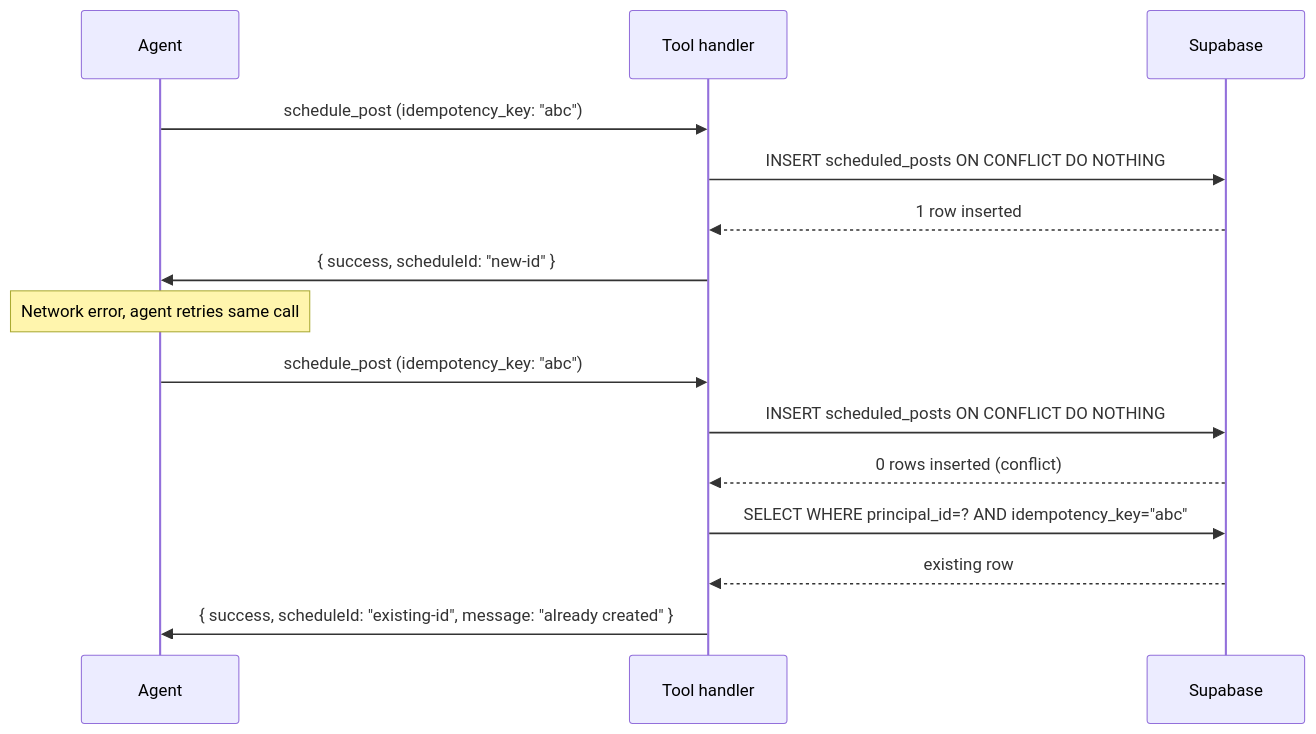
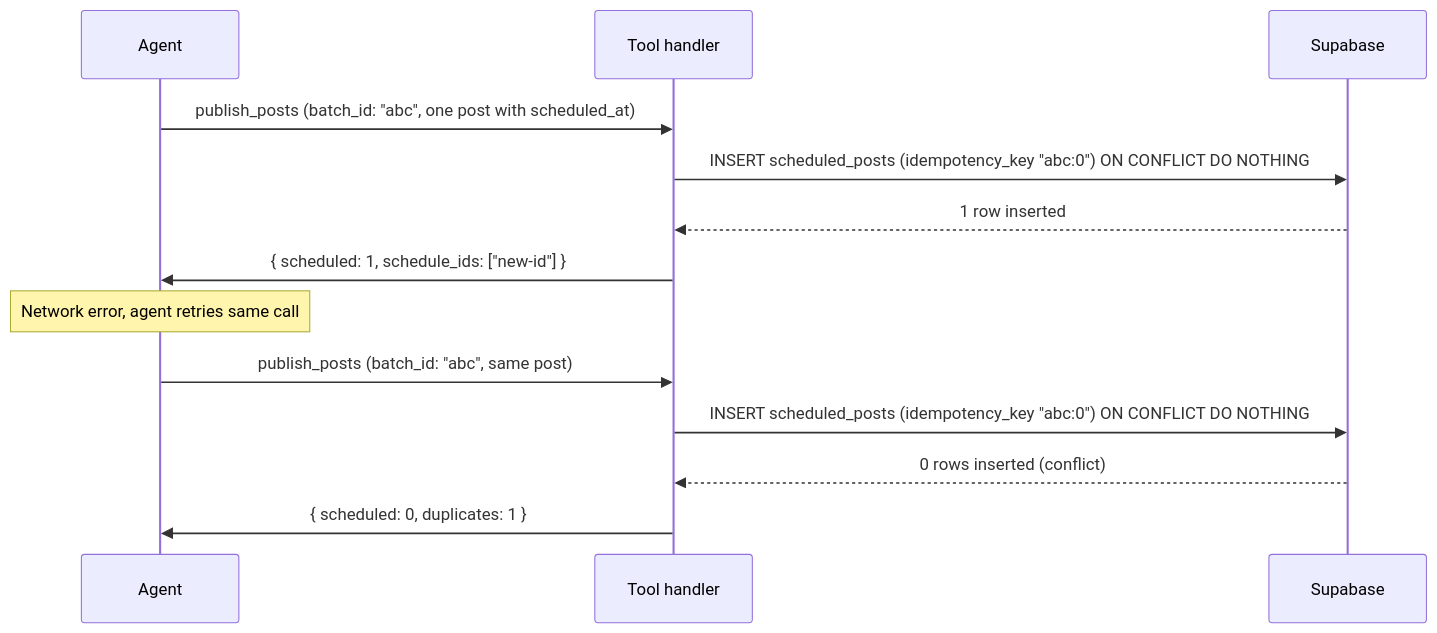
The fourth of 4 diagrams in docs/SCHEDULING.md (Andy00L/sharetopus), drawn with Mermaid before and after one commit. The commit also changed other lines of this file and 60 other files, not shown here.

First line of the commit message:
feat(mcp): one publish_posts tool, 18 tools become 10

````diff
--- a/docs/SCHEDULING.md
+++ b/docs/SCHEDULING.md
@@ -192,20 +192,18 @@
 ```mermaid
 sequenceDiagram
     participant A as Agent
     participant T as Tool handler
     participant DB as Supabase
 
-    A->>T: schedule_post (idempotency_key: "abc")
-    T->>DB: INSERT scheduled_posts ON CONFLICT DO NOTHING
+    A->>T: publish_posts (batch_id: "abc", one post with scheduled_at)
+    T->>DB: INSERT scheduled_posts (idempotency_key "abc:0") ON CONFLICT DO NOTHING
     DB-->>T: 1 row inserted
-    T->>A: { success, scheduleId: "new-id" }
+    T->>A: { scheduled: 1, schedule_ids: ["new-id"] }
 
     Note over A: Network error, agent retries same call
 
-    A->>T: schedule_post (idempotency_key: "abc")
-    T->>DB: INSERT scheduled_posts ON CONFLICT DO NOTHING
+    A->>T: publish_posts (batch_id: "abc", same post)
+    T->>DB: INSERT scheduled_posts (idempotency_key "abc:0") ON CONFLICT DO NOTHING
     DB-->>T: 0 rows inserted (conflict)
-    T->>DB: SELECT WHERE principal_id=? AND idempotency_key="abc"
-    DB-->>T: existing row
-    T->>A: { success, scheduleId: "existing-id", message: "already created" }
+    T->>A: { scheduled: 0, duplicates: 1 }
 ```
````
